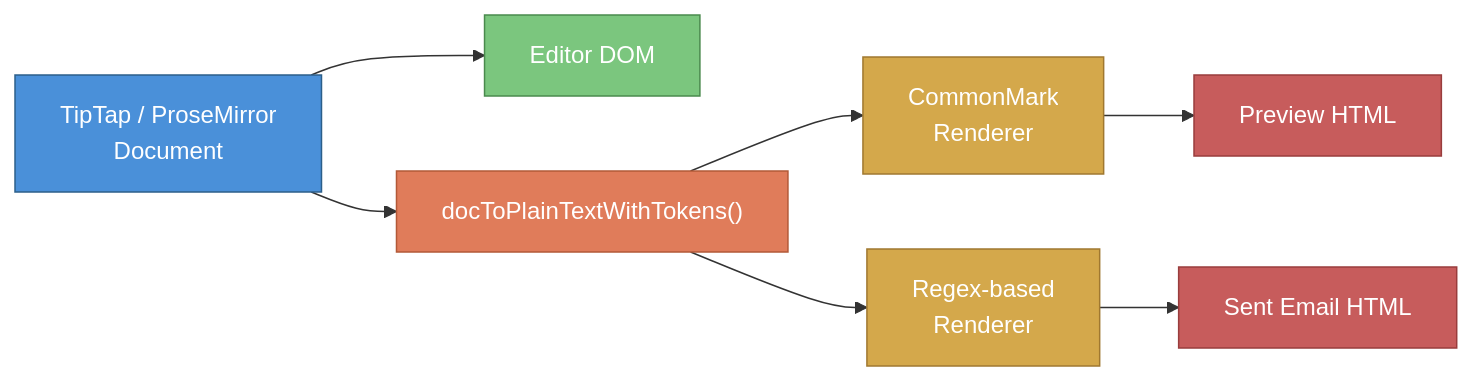
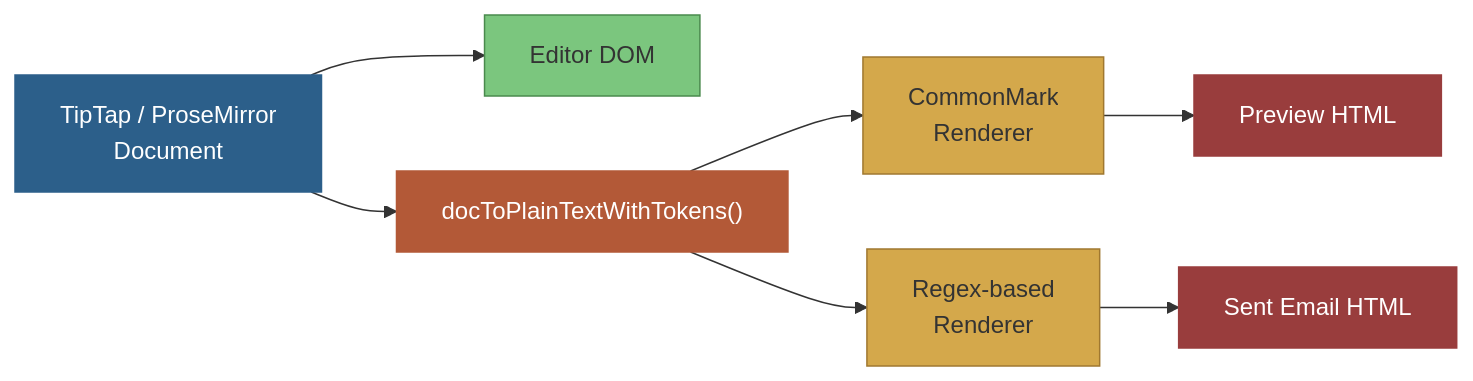
The first of 5 diagrams in src/content/blog/six-prs-one-bug-agent-failure-modes.md (nathanjohnpayne/nathanpaynedotcom), drawn with Mermaid before and after one commit. The commit also changed other lines of this file and 15 other files, not shown here.

Commit message:
fix(mermaid): enforce accessible label contrast (#748) (#750)

````diff
--- a/src/content/blog/six-prs-one-bug-agent-failure-modes.md
+++ b/src/content/blog/six-prs-one-bug-agent-failure-modes.md
@@ -73,17 +73,17 @@
 ```mermaid title="Three rendering paths from one document" description="The ProseMirror document renders directly to the editor DOM but passes through a plain-text token bridge before splitting into separate CommonMark and regex renderers, producing preview and sent-email HTML that can diverge."
 graph LR
     A["TipTap / ProseMirror<br/>Document"] --> B["Editor DOM"]
     A --> C["docToPlainTextWithTokens()"]
     C --> D["CommonMark<br/>Renderer"]
     C --> E["Regex-based<br/>Renderer"]
     D --> F["Preview HTML"]
     E --> G["Sent Email HTML"]
 
-    style A fill:#4a90d9,stroke:#2c5f8a,color:#fff
-    style B fill:#7bc67e,stroke:#4a8a4d,color:#fff
-    style C fill:#e07c5a,stroke:#b35937,color:#fff
-    style D fill:#d4a84b,stroke:#a07830,color:#fff
-    style E fill:#d4a84b,stroke:#a07830,color:#fff
-    style F fill:#c75c5c,stroke:#993d3d,color:#fff
-    style G fill:#c75c5c,stroke:#993d3d,color:#fff
+    style A fill:#2c5f8a,stroke:#2c5f8a,color:#fff
+    style B fill:#7bc67e,stroke:#4a8a4d,color:#333
+    style C fill:#b35937,stroke:#b35937,color:#fff
+    style D fill:#d4a84b,stroke:#a07830,color:#333
+    style E fill:#d4a84b,stroke:#a07830,color:#333
+    style F fill:#993d3d,stroke:#993d3d,color:#fff
+    style G fill:#993d3d,stroke:#993d3d,color:#fff
 ```
````
